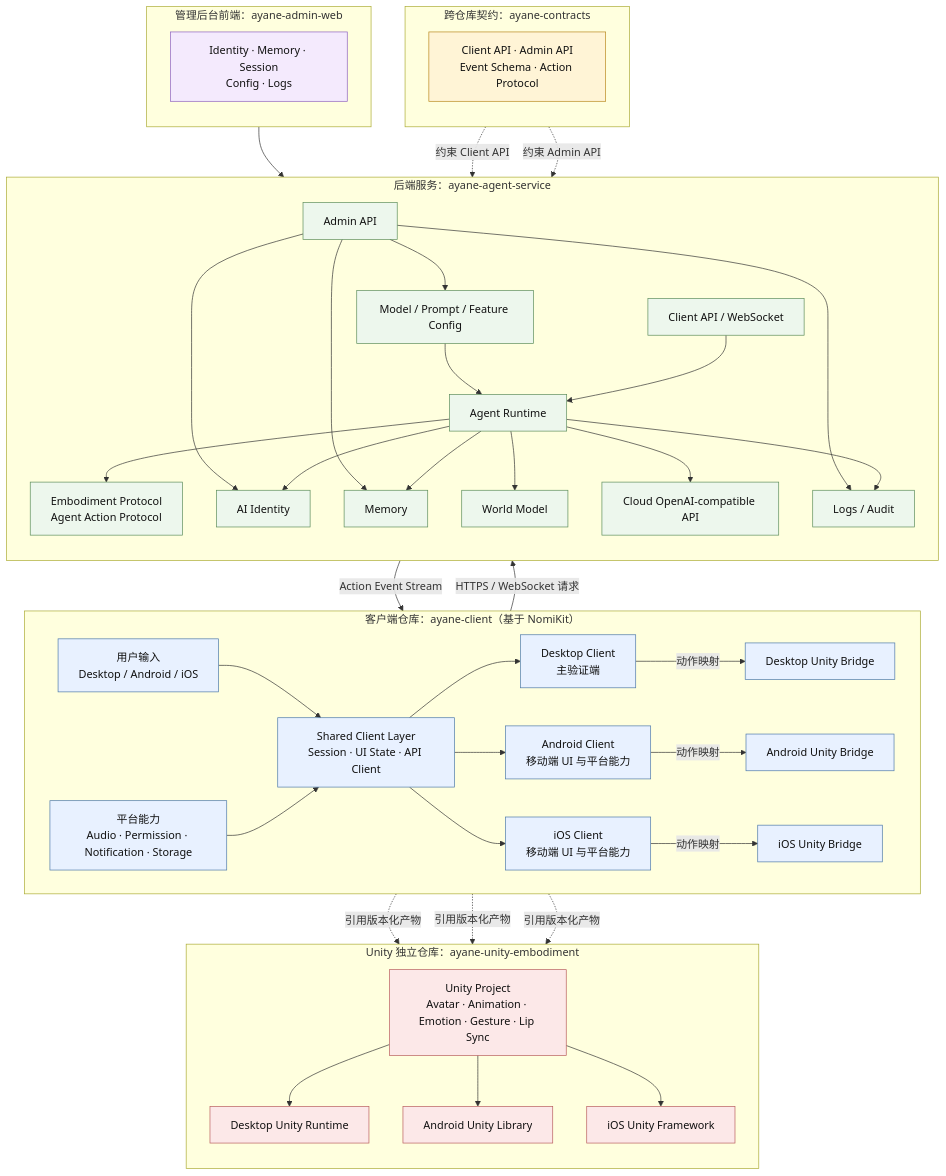
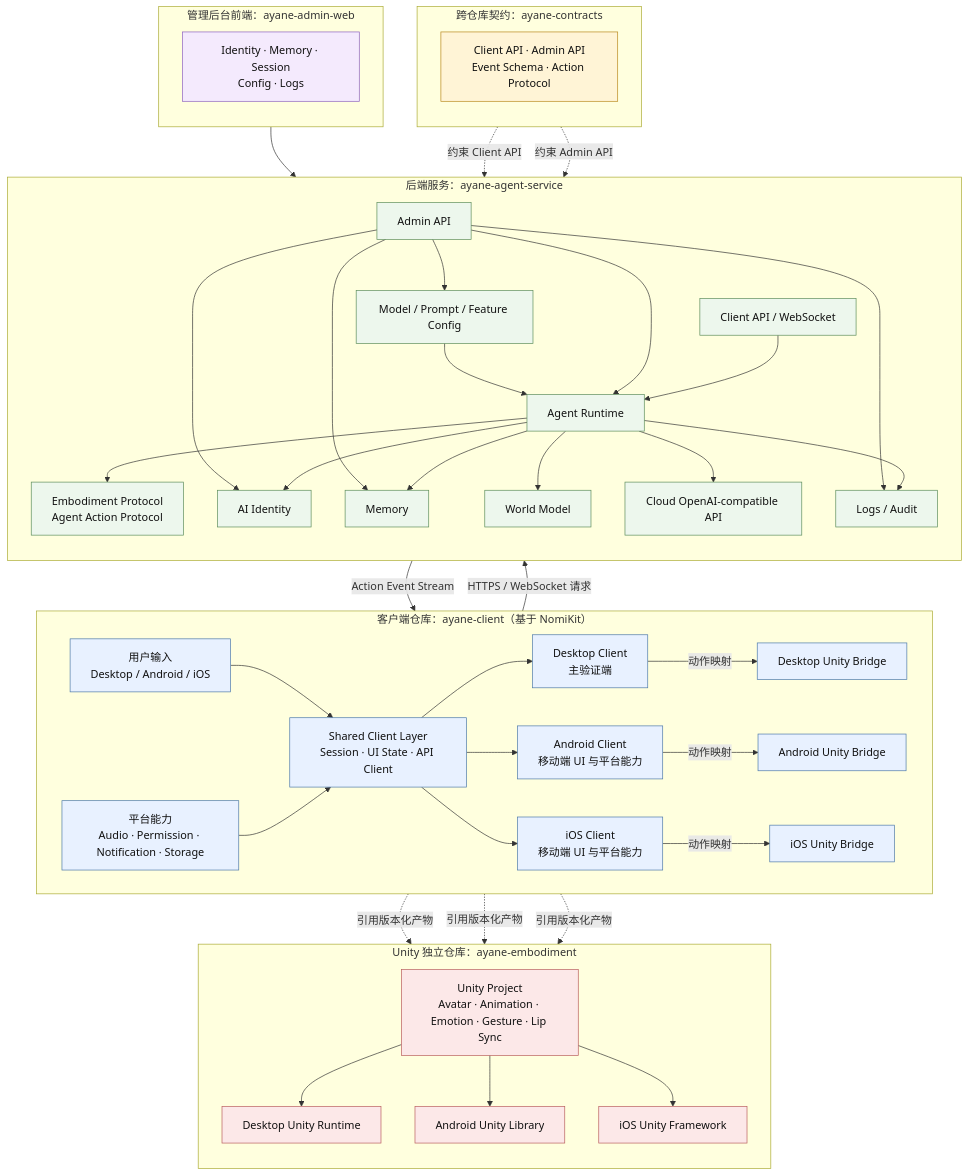
The diagram in architecture/项目整体架构设计.md (ayane-ai/ayane-docs), drawn with Mermaid before and after one commit. The commit also changed other lines of this file and 7 other files, not shown here.

First line of the commit message:
refactor(architecture): 调整 AgentService 技术选型和整体架构设计

```diff
--- a/architecture/项目整体架构设计.md
+++ b/architecture/项目整体架构设计.md
@@ -51,6 +49,7 @@
         Runtime --> World
         Runtime --> Model
         Runtime --> Audit
+        AdminGateway --> Runtime
         AdminGateway --> Identity
         AdminGateway --> Memory
         AdminGateway --> Config
@@ -58,7 +57,7 @@
         Config --> Runtime
     end
 
-    subgraph Body["Unity 独立仓库：ayane-unity-embodiment"]
+    subgraph Body["Unity 独立仓库：ayane-embodiment"]
         direction TB
         Unity["Unity Project<br/>Avatar · Animation · Emotion · Gesture · Lip Sync"]
         DesktopRuntime["Desktop Unity Runtime"]
```
